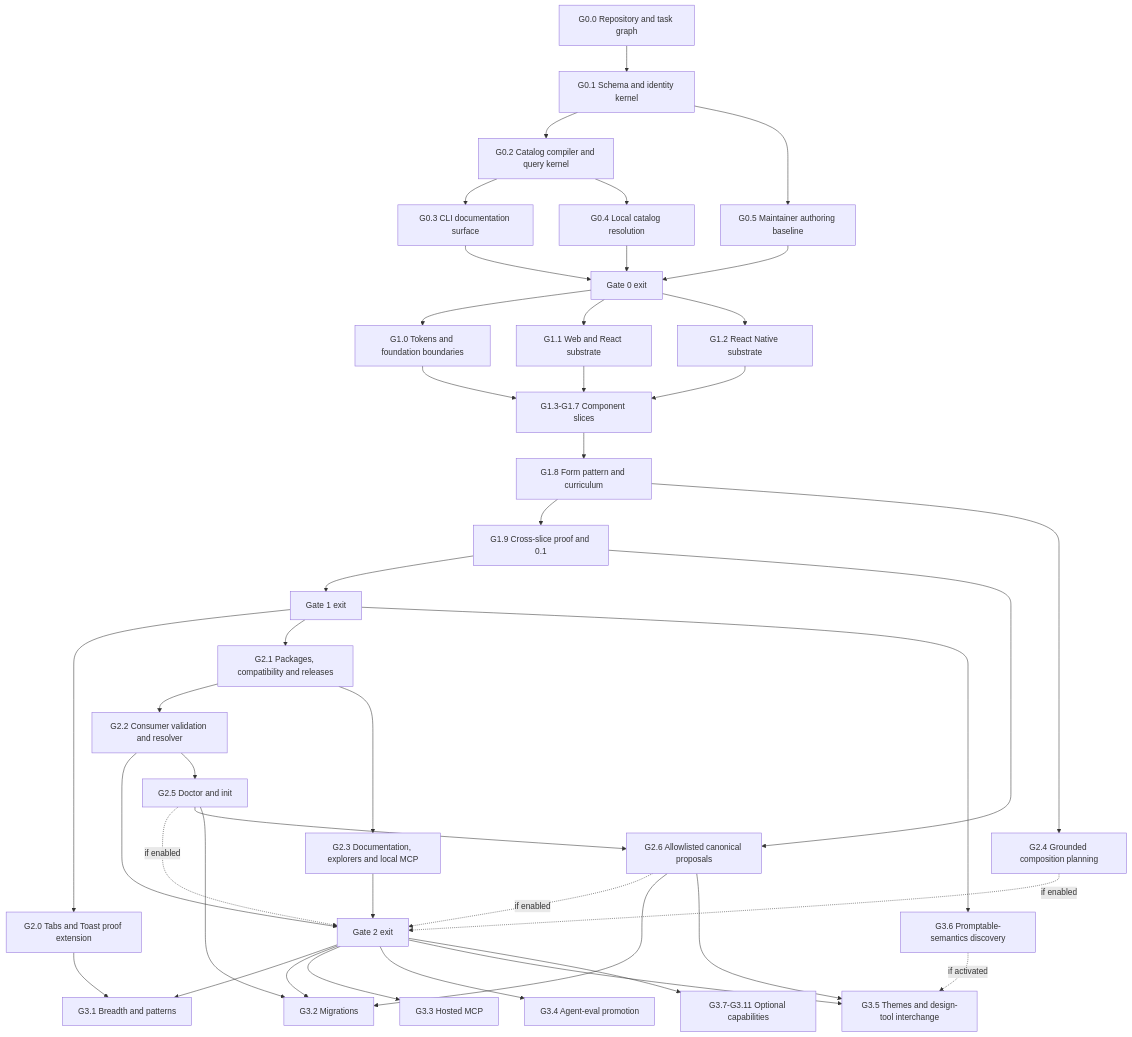
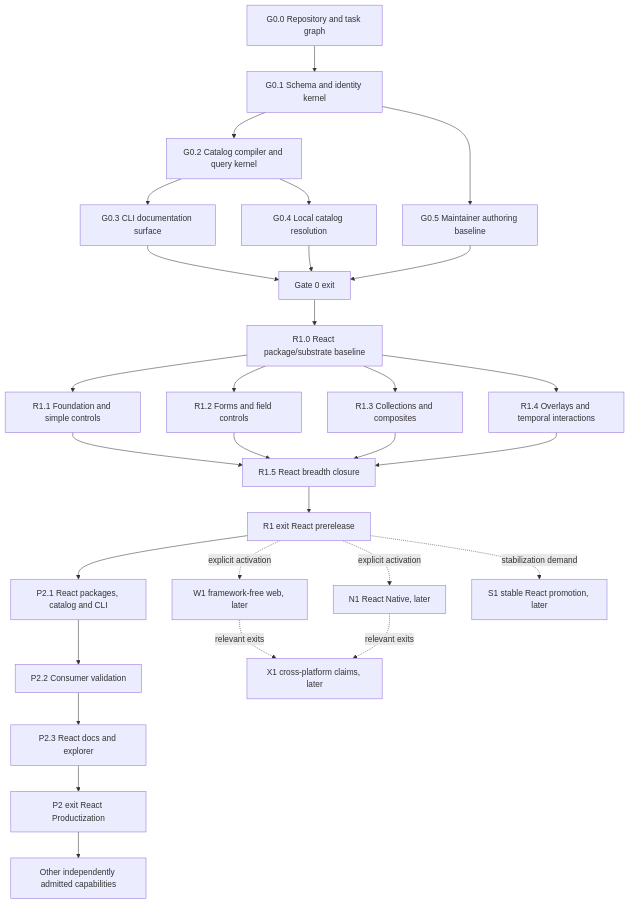
One commit to ndrewtran/core-ui changed the diagram in strategy/milestone-roadmap.md. Above: the diagram before and after it, drawn with Mermaid. The commit also changed other lines of this file and 10 other files, not shown here.

````diff
--- a/strategy/milestone-roadmap.md
+++ b/strategy/milestone-roadmap.md
@@ -209,74 +213,55 @@
 ```mermaid
 flowchart TD
   g00["G0.0 Repository and task graph"]
   g01["G0.1 Schema and identity kernel"]
   g02["G0.2 Catalog compiler and query kernel"]
   g03["G0.3 CLI documentation surface"]
   g04["G0.4 Local catalog resolution"]
   g05["G0.5 Maintainer authoring baseline"]
   gate0["Gate 0 exit"]
 
-  g10["G1.0 Tokens and foundation boundaries"]
-  g11["G1.1 Web and React substrate"]
-  g12["G1.2 React Native substrate"]
-  slices["G1.3-G1.7 Component slices"]
-  pattern["G1.8 Form pattern and curriculum"]
-  g19["G1.9 Cross-slice proof and 0.1"]
-  gate1["Gate 1 exit"]
+  r10["R1.0 React package/substrate baseline"]
+  r11["R1.1 Foundation and simple controls"]
+  r12["R1.2 Forms and field controls"]
+  r13["R1.3 Collections and composites"]
+  r14["R1.4 Overlays and temporal interactions"]
+  r15["R1.5 React breadth closure"]
+  r1exit["R1 exit React prerelease"]
 
-  proofExt["G2.0 Tabs and Toast proof extension"]
-  packages["G2.1 Packages, compatibility and releases"]
-  consumers["G2.2 Consumer validation and resolver"]
-  docs["G2.3 Documentation, explorers and local MCP"]
-  plan["G2.4 Grounded composition planning"]
-  projectOps["G2.5 Doctor and init"]
-  authorOps["G2.6 Allowlisted canonical proposals"]
-  gate2["Gate 2 exit"]
+  p21["P2.1 React packages, catalog and CLI"]
+  p22["P2.2 Consumer validation"]
+  p23["P2.3 React docs and explorer"]
+  p2exit["P2 exit React Productization"]
 
-  scale["G3.1 Breadth and patterns"]
-  migrations["G3.2 Migrations"]
-  hosted["G3.3 Hosted MCP"]
-  evals["G3.4 Agent-eval promotion"]
-  design["G3.5 Themes and design-tool interchange"]
-  semantics["G3.6 Promptable-semantics discovery"]
-  optional["G3.7-G3.11 Optional capabilities"]
+  w1["W1 framework-free web, later"]
+  n1["N1 React Native, later"]
+  x1["X1 cross-platform claims, later"]
+  s1["S1 stable React promotion, later"]
+  optional["Other independently admitted capabilities"]
 
   g00 --> g01 --> g02 --> g03
   g02 --> g04
   g01 --> g05
   g03 --> gate0
   g04 --> gate0
   g05 --> gate0
 
-  gate0 --> g10
-  gate0 --> g11
-  gate0 --> g12
-  g10 --> slices
-  g11 --> slices
-  g12 --> slices
-  slices --> pattern --> g19 --> gate1
+  gate0 --> r10
+  r10 --> r11
+  r10 --> r12
+  r10 --> r13
+  r10 --> r14
+  r11 --> r15
+  r12 --> r15
+  r13 --> r15
+  r14 --> r15
+  r15 --> r1exit
 
-  gate1 --> proofExt
-  gate1 --> packages --> consumers --> gate2
-  packages --> docs --> gate2
-  pattern --> plan
-  plan -.->|if enabled| gate2
-  consumers --> projectOps
-  projectOps -.->|if enabled| gate2
-  g19 --> authorOps
-  projectOps --> authorOps
-  authorOps -.->|if enabled| gate2
-
-  gate2 --> scale
-  proofExt --> scale
-  gate2 --> migrations
-  projectOps --> migrations
-  authorOps --> migrations
-  gate2 --> hosted
-  gate2 --> evals
-  gate2 --> design
-  gate1 --> semantics
-  semantics -.->|if activated| design
-  authorOps --> design
-  gate2 --> optional
+  r1exit --> p21 --> p22 --> p23 --> p2exit
+  r1exit -. explicit activation .-> w1
+  r1exit -. explicit activation .-> n1
+  w1 -. relevant exits .-> x1
+  n1 -. relevant exits .-> x1
+  r1exit -. stabilization demand .-> s1
+  p2exit --> optional
 ```
````
